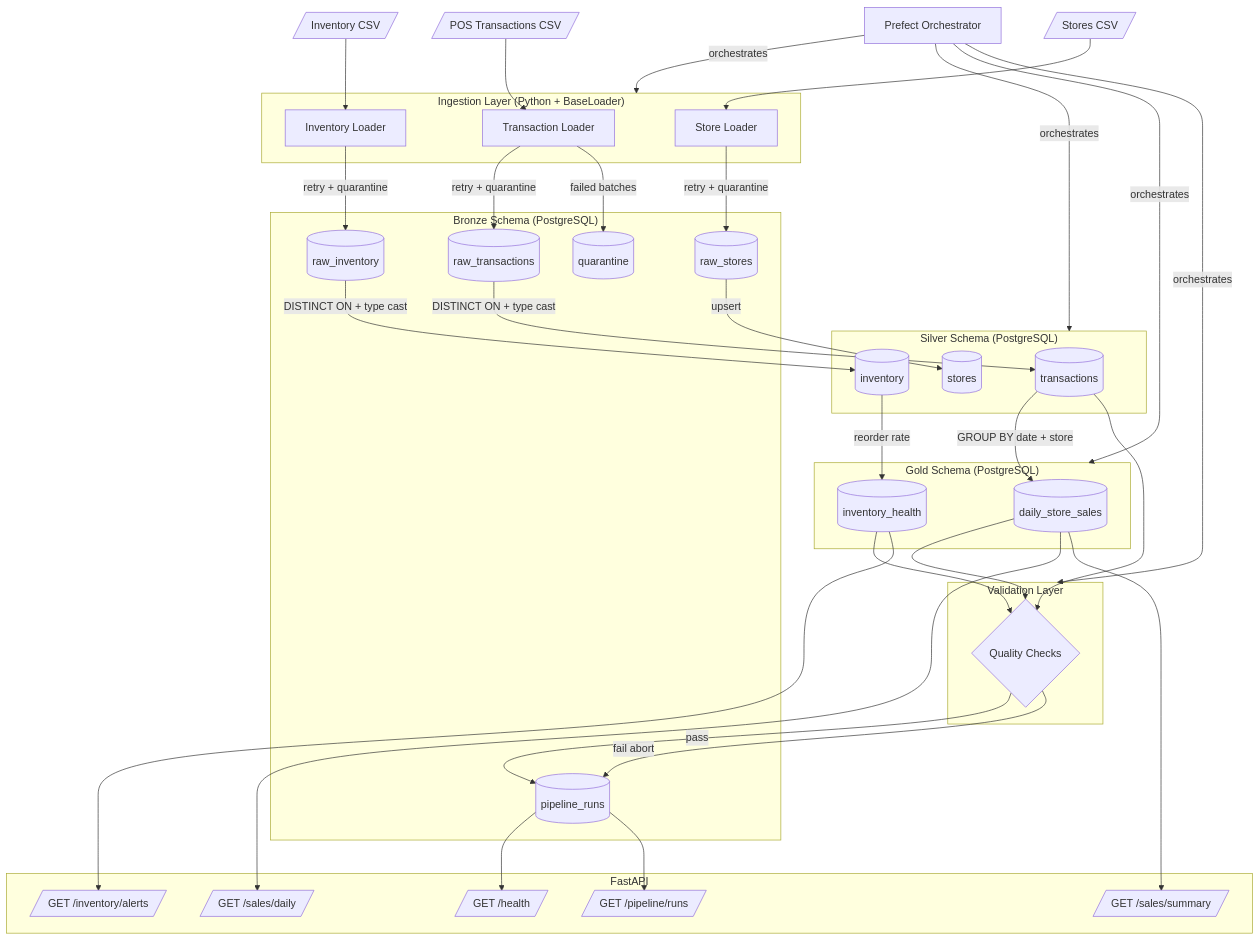
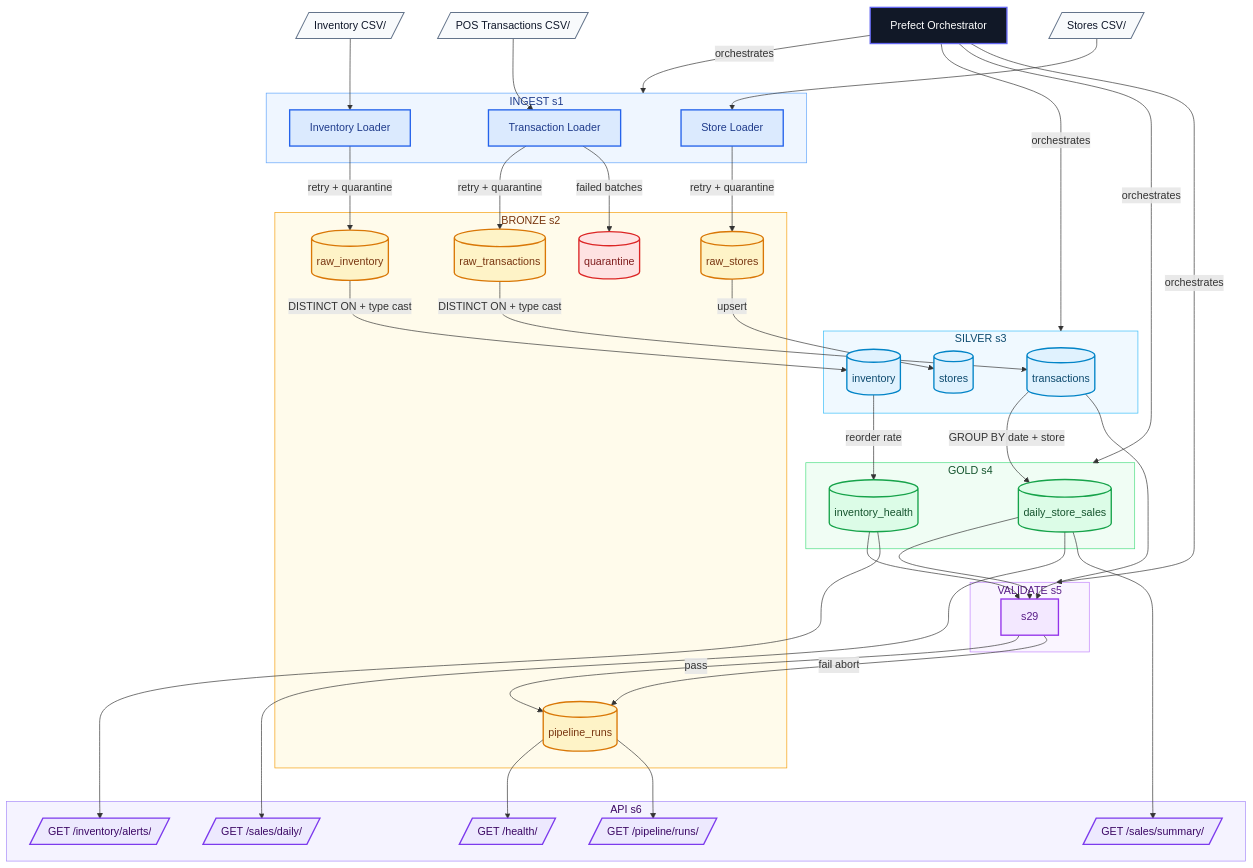
The diagram in README.md (skeptre/retail-ops-platform), drawn with Mermaid before and after one commit.

Commit message:
refactor: update architecture diagram with improved labeling and styling

````diff
--- a/README.md
+++ b/README.md
@@ -18,16 +18,16 @@
 ```mermaid
 flowchart TD
-    CSV1[/"POS Transactions CSV"/]
-    CSV2[/"Inventory CSV"/]
-    CSV3[/"Stores CSV"/]
+    CSV1[/"POS Transactions CSV"//]
+    CSV2[/"Inventory CSV"//]
+    CSV3[/"Stores CSV"//]
 
-    subgraph INGEST["Ingestion Layer (Python + BaseLoader)"]
+    subgraph INGEST ["INGEST s1"]
         L1[Transaction Loader]
         L2[Inventory Loader]
         L3[Store Loader]
     end
 
-    subgraph BRONZE["Bronze Schema (PostgreSQL)"]
+    subgraph BRONZE ["BRONZE s2"]
         B1[(raw_transactions)]
         B2[(raw_inventory)]
         B3[(raw_stores)]
@@ -35,27 +35,27 @@
         BQ[(quarantine)]
     end
 
-    subgraph SILVER["Silver Schema (PostgreSQL)"]
+    subgraph SILVER ["SILVER s3"]
         S1[(transactions)]
         S2[(inventory)]
         S3[(stores)]
     end
 
-    subgraph GOLD["Gold Schema (PostgreSQL)"]
+    subgraph GOLD ["GOLD s4"]
         G1[(daily_store_sales)]
         G2[(inventory_health)]
     end
 
-    subgraph VALIDATE["Validation Layer"]
-        V1{Quality Checks}
+    subgraph VALIDATE ["VALIDATE s5"]
+        V1[s29]
     end
 
-    subgraph API["FastAPI"]
-        A1[/GET /health/]
-        A2[/GET /sales/daily/]
-        A3[/GET /sales/summary/]
-        A4[/GET /inventory/alerts/]
-        A5[/GET /pipeline/runs/]
+    subgraph API ["API s6"]
+        A1[/GET /health//]
+        A2[/GET /sales/daily//]
+        A3[/GET /sales/summary//]
+        A4[/GET /inventory/alerts//]
+        A5[/GET /pipeline/runs//]
     end
 
     PREFECT["Prefect Orchestrator"]
@@ -93,4 +93,31 @@
     PREFECT -->|orchestrates| SILVER
     PREFECT -->|orchestrates| GOLD
     PREFECT -->|orchestrates| VALIDATE
+
+    classDef csv fill:#f8fafc,stroke:#64748b,stroke-width:1.5px,color:#0f172a
+    classDef ingest fill:#dbeafe,stroke:#2563eb,stroke-width:2px,color:#1e3a8a
+    classDef bronze fill:#fef3c7,stroke:#d97706,stroke-width:2px,color:#78350f
+    classDef silver fill:#e0f2fe,stroke:#0284c7,stroke-width:2px,color:#0c4a6e
+    classDef gold fill:#dcfce7,stroke:#16a34a,stroke-width:2px,color:#14532d
+    classDef validate fill:#f3e8ff,stroke:#9333ea,stroke-width:2px,color:#581c87
+    classDef api fill:#ede9fe,stroke:#7c3aed,stroke-width:2px,color:#3b0764
+    classDef orchestrator fill:#111827,stroke:#6366f1,stroke-width:2px,color:#ffffff
+    classDef danger fill:#fee2e2,stroke:#dc2626,stroke-width:2px,color:#7f1d1d
+
+    class CSV1,CSV2,CSV3 csv
+    class L1,L2,L3 ingest
+    class B1,B2,B3,B4 bronze
+    class BQ danger
+    class S1,S2,S3 silver
+    class G1,G2 gold
+    class V1 validate
+    class A1,A2,A3,A4,A5 api
+    class PREFECT orchestrator
+
+    style INGEST fill:#eff6ff,stroke:#60a5fa,stroke-width:1px,color:#1e3a8a
+    style BRONZE fill:#fffbeb,stroke:#f59e0b,stroke-width:1px,color:#78350f
+    style SILVER fill:#f0f9ff,stroke:#38bdf8,stroke-width:1px,color:#0c4a6e
+    style GOLD fill:#f0fdf4,stroke:#4ade80,stroke-width:1px,color:#14532d
+    style VALIDATE fill:#faf5ff,stroke:#c084fc,stroke-width:1px,color:#581c87
+    style API fill:#f5f3ff,stroke:#a78bfa,stroke-width:1px,color:#3b0764
 ```
````
